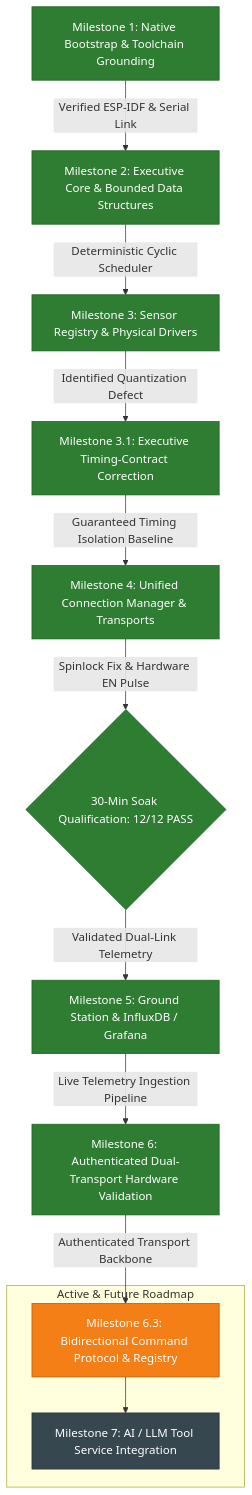
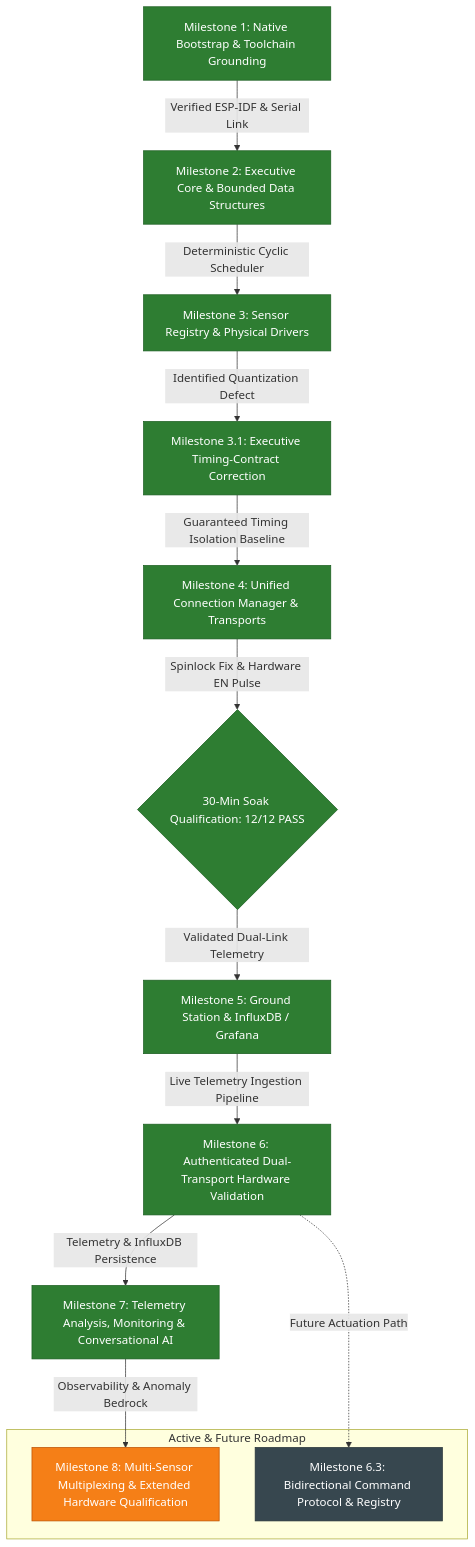
One commit to aryan-madhavi/NEXUS changed the diagram in docs/milestones/README.md. Above: the diagram before and after it, drawn with Mermaid. The commit also changed other lines of this file and 3 other files, not shown here.

First line of the commit message:
docs(milestones): document milestone 7 telemetry analysis, incident monitoring, and conversational ai

````diff
--- a/docs/milestones/README.md
+++ b/docs/milestones/README.md
@@ -97,34 +108,36 @@
 ```mermaid
 flowchart TD
     M1[Milestone 1: Native Bootstrap & Toolchain Grounding]
     M2[Milestone 2: Executive Core & Bounded Data Structures]
     M3[Milestone 3: Sensor Registry & Physical Drivers]
     M3_1[Milestone 3.1: Executive Timing-Contract Correction]
     M4[Milestone 4: Unified Connection Manager & Transports]
     M4_Gate{30-Min Soak Qualification: 12/12 PASS}
     M5[Milestone 5: Ground Station & InfluxDB / Grafana]
     M6[Milestone 6: Authenticated Dual-Transport Hardware Validation]
+    M7[Milestone 7: Telemetry Analysis, Monitoring & Conversational AI]
     
     subgraph Active & Future Roadmap
+        M8[Milestone 8: Multi-Sensor Multiplexing & Extended Hardware Qualification]
         M6_3[Milestone 6.3: Bidirectional Command Protocol & Registry]
-        M7[Milestone 7: AI / LLM Tool Service Integration]
     end
 
     M1 -->|Verified ESP-IDF & Serial Link| M2
     M2 -->|Deterministic Cyclic Scheduler| M3
     M3 -->|Identified Quantization Defect| M3_1
     M3_1 -->|Guaranteed Timing Isolation Baseline| M4
     M4 -->|Spinlock Fix & Hardware EN Pulse| M4_Gate
     M4_Gate -->|Validated Dual-Link Telemetry| M5
     M5 -->|Live Telemetry Ingestion Pipeline| M6
-    M6 -->|Authenticated Transport Backbone| M6_3
-    M6_3 --> M7
+    M6 -->|Telemetry & InfluxDB Persistence| M7
+    M7 -->|Observability & Anomaly Bedrock| M8
+    M6 -.->|Future Actuation Path| M6_3
 
     classDef done fill:#2e7d32,stroke:#1b5e20,color:#ffffff;
     classDef pending fill:#f57f17,stroke:#bc5100,color:#ffffff;
     classDef future fill:#37474f,stroke:#263238,color:#ffffff;
     
-    class M1,M2,M3,M3_1,M4,M4_Gate,M5,M6 done;
-    class M6_3 pending;
-    class M7 future;
+    class M1,M2,M3,M3_1,M4,M4_Gate,M5,M6,M7 done;
+    class M8 pending;
+    class M6_3 future;
 ```
````
